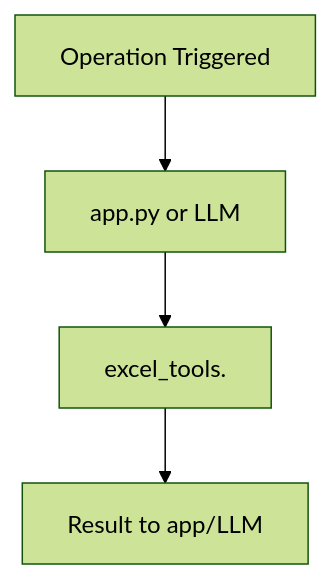
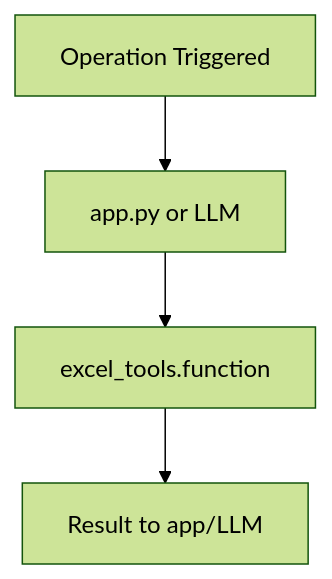
Before and after one commit to Misal-Ambasta/W6D1-Excel-Sheets-Agent: the sixth of 6 diagrams in flow.md, drawn with Mermaid (forest theme). The commit also changed other lines of this file, not shown here.

````diff
--- a/flow.md
+++ b/flow.md
@@ -140,6 +140,6 @@
 ```mermaid
 flowchart TD
     A[Operation Triggered] --> B[app.py or LLM]
-    B --> C[excel_tools.<function>]
+    B --> C["excel_tools.function"]
     C --> D[Result to app/LLM]
 ```
````
